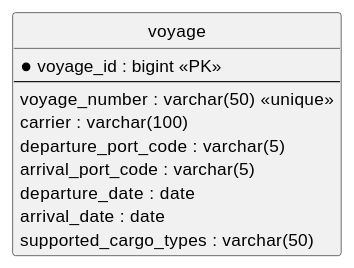
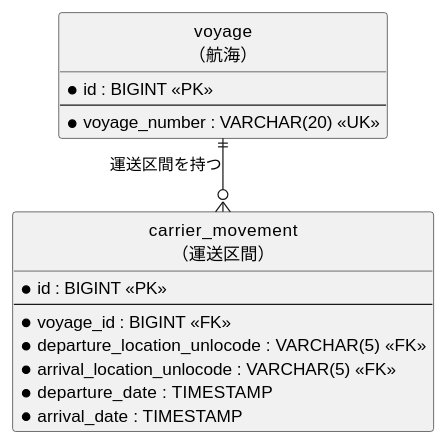
Before and after one commit to k2works/case-study-cargo-tracker: the fourth of 7 diagrams in docs/development/iteration_plan-4.md, drawn with PlantUML. The commit also changed other lines of this file, not shown here.

````diff
--- a/docs/development/iteration_plan-4.md
+++ b/docs/development/iteration_plan-4.md
@@ -232,18 +256,25 @@
 ```plantuml
 @startuml
 hide circle
 skinparam linetype ortho
 
-entity "voyage" as v {
-  *voyage_id : bigint <<PK>>
+entity "voyage\n（航海）" as v {
+  * id : BIGINT <<PK>>
   --
-  voyage_number : varchar(50) <<unique>>
-  carrier : varchar(100)
-  departure_port_code : varchar(5)
-  arrival_port_code : varchar(5)
-  departure_date : date
-  arrival_date : date
-  supported_cargo_types : varchar(50)
+  * voyage_number : VARCHAR(20) <<UK>>
 }
+
+entity "carrier_movement\n（運送区間）" as cm {
+  * id : BIGINT <<PK>>
+  --
+  * voyage_id : BIGINT <<FK>>
+  * departure_location_unlocode : VARCHAR(5) <<FK>>
+  * arrival_location_unlocode : VARCHAR(5) <<FK>>
+  * departure_date : TIMESTAMP
+  * arrival_date : TIMESTAMP
+}
+
+v ||--o{ cm : "運送区間を持つ"
+
 @enduml
 ```
````
